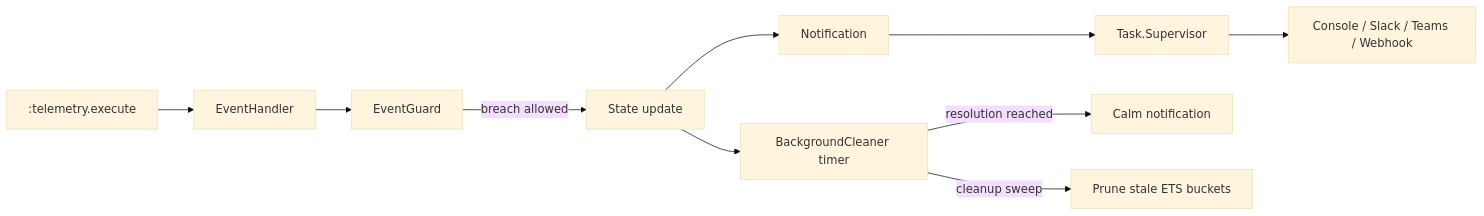
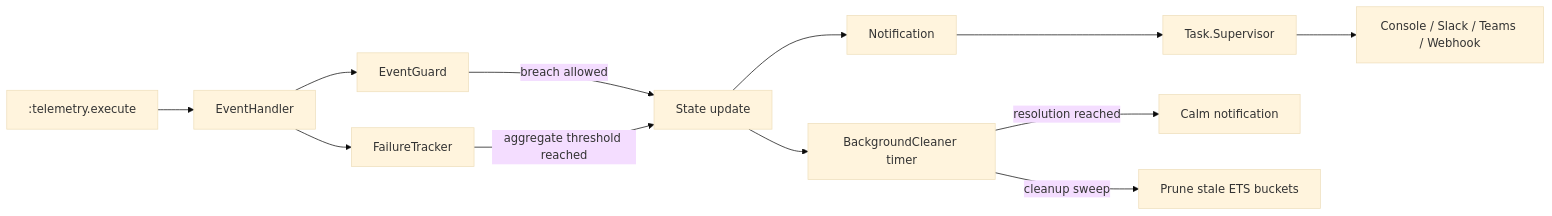
One commit to andrewinsoul/nature_whistle changed the diagram in README.md. Above: the diagram before and after it, drawn with Mermaid (base theme). The commit also changed other lines of this file and 16 other files, not shown here.

````diff
--- a/README.md
+++ b/README.md
@@ -25,12 +25,14 @@
 ```mermaid
 flowchart LR
   T[:telemetry.execute] --> H[EventHandler]
   H --> G[EventGuard]
   G -->|breach allowed| S[State update]
   S --> N[Notification]
   N --> Q[Task.Supervisor]
   Q --> C[Console / Slack / Teams / Webhook]
   S --> B[BackgroundCleaner timer]
   B -->|resolution reached| C2[Calm notification]
   B -->|cleanup sweep| R[Prune stale ETS buckets]
+  H --> F[FailureTracker]
+  F -->|aggregate threshold reached| S
 ```
````
